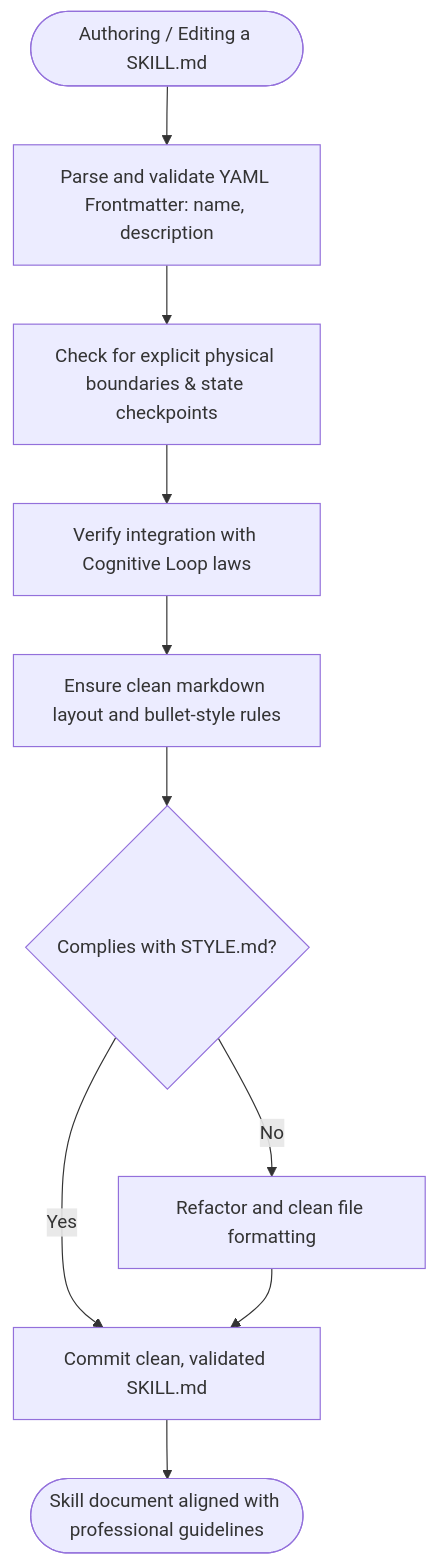
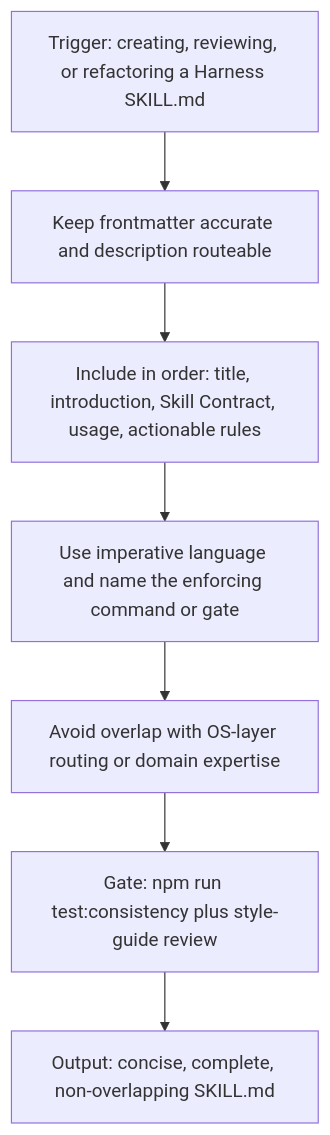
Before and after one commit to dyphn1/Harness-everything: the first of 4 diagrams in docs/workflows/skill-style.md, drawn with Mermaid. The commit also changed other lines of this file and 16 other files, not shown here.

````diff
--- a/docs/workflows/skill-style.md
+++ b/docs/workflows/skill-style.md
@@ -11,12 +11,9 @@
 ```mermaid
 graph TD
-  Start([Authoring / Editing a SKILL.md]) --> ParseFrontmatter["Parse and validate YAML Frontmatter: name, description"]
-  ParseFrontmatter --> ValidateBoundary["Check for explicit physical boundaries & state checkpoints"]
-  ValidateBoundary --> VerifyCognitiveLoop["Verify integration with Cognitive Loop laws"]
-  VerifyCognitiveLoop --> CheckFormatting["Ensure clean markdown layout and bullet-style rules"]
-  CheckFormatting --> FormatApproved{Complies with STYLE.md?}
-  FormatApproved -->|No| FixSkillFile["Refactor and clean file formatting"]
-  FormatApproved -->|Yes| SaveSkillFile["Commit clean, validated SKILL.md"]
-  FixSkillFile --> SaveSkillFile
-  SaveSkillFile --> End([Skill document aligned with professional guidelines])
+  TriggerEdit["Trigger: creating, reviewing, or refactoring a Harness SKILL.md"] --> FrontAccurate["Keep frontmatter accurate and description routeable"]
+  FrontAccurate --> OrderCheck["Include in order: title, introduction, Skill Contract, usage, actionable rules"]
+  OrderCheck --> ImperativeGate["Use imperative language and name the enforcing command or gate"]
+  ImperativeGate --> OverlapCheck["Avoid overlap with OS-layer routing or domain expertise"]
+  OverlapCheck --> ConsistencyGate["Gate: npm run test:consistency plus style-guide review"]
+  ConsistencyGate --> ConciseOut["Output: concise, complete, non-overlapping SKILL.md"]
 ```
````
